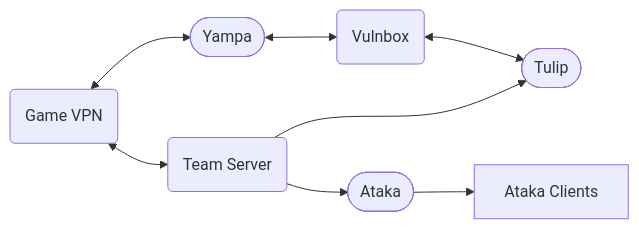
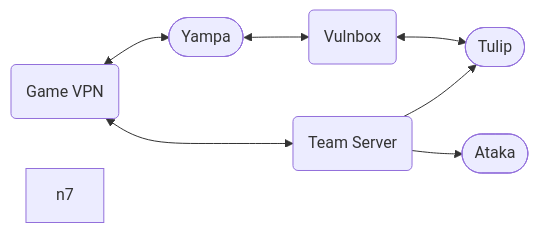
Before and after one commit to fc8005bf3f9b5a0584b26200f40d68f9/ad-docs-v2: the diagram in README.md, drawn with Mermaid.

Commit message:
Remove 'Ataka Clients' connection from diagram
Removed connection to 'Ataka Clients' from 'Ataka'.

````diff
--- a/README.md
+++ b/README.md
@@ -4,13 +4,12 @@
 ```mermaid
 flowchart LR
     n1["Game VPN"] <--> n2(["Yampa"]) & n4["Team Server"]
     n2 <--> n3["Vulnbox"]
     n4 --> n5(["Tulip"]) & n6(["Ataka"])
     n3 <--> n5
-    n6 --> n7["Ataka Clients"]
 
     n1@{ shape: rounded}
     n4@{ shape: rounded}
     n3@{ shape: rounded}
     n7@{ shape: rect}
 ```
````
